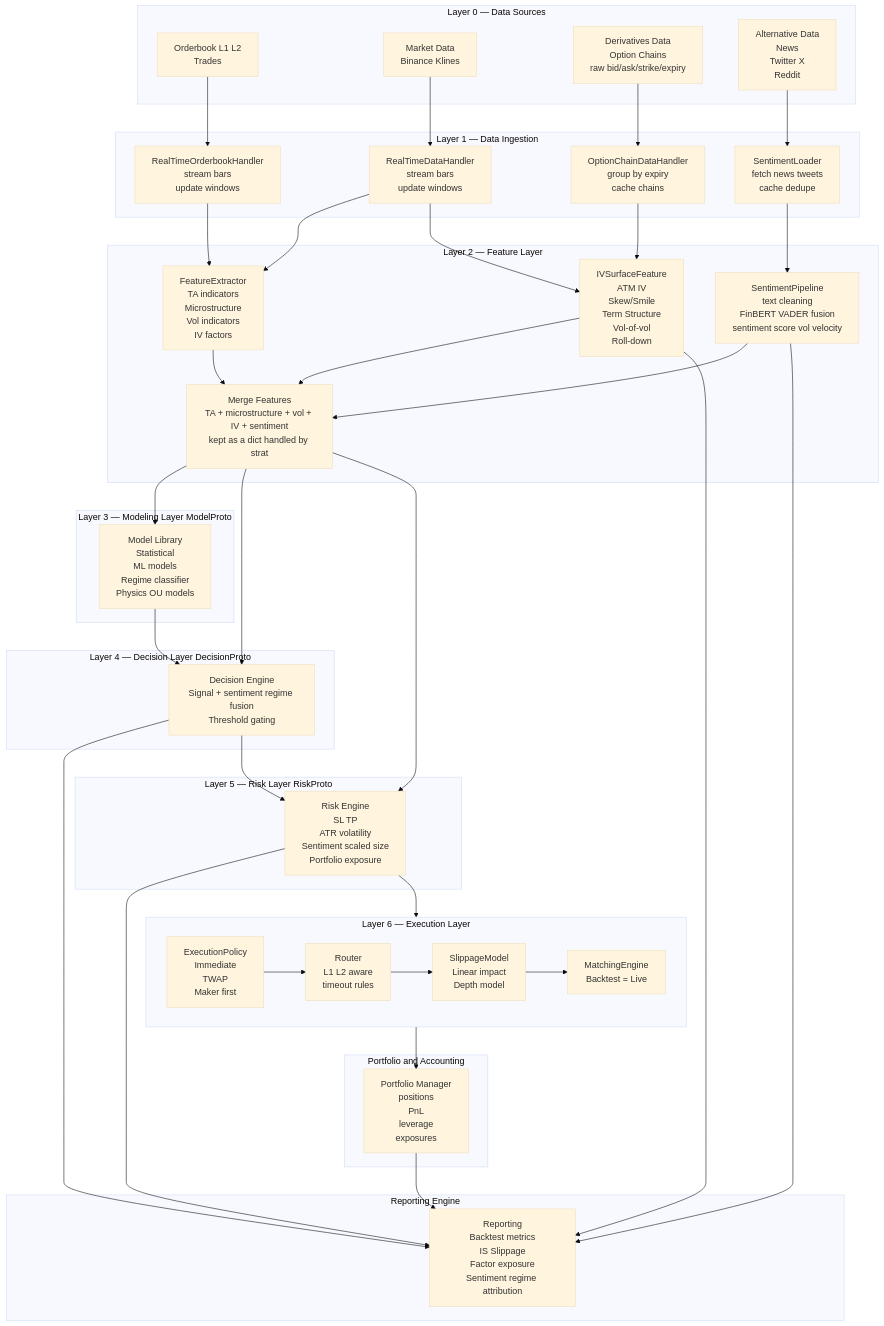
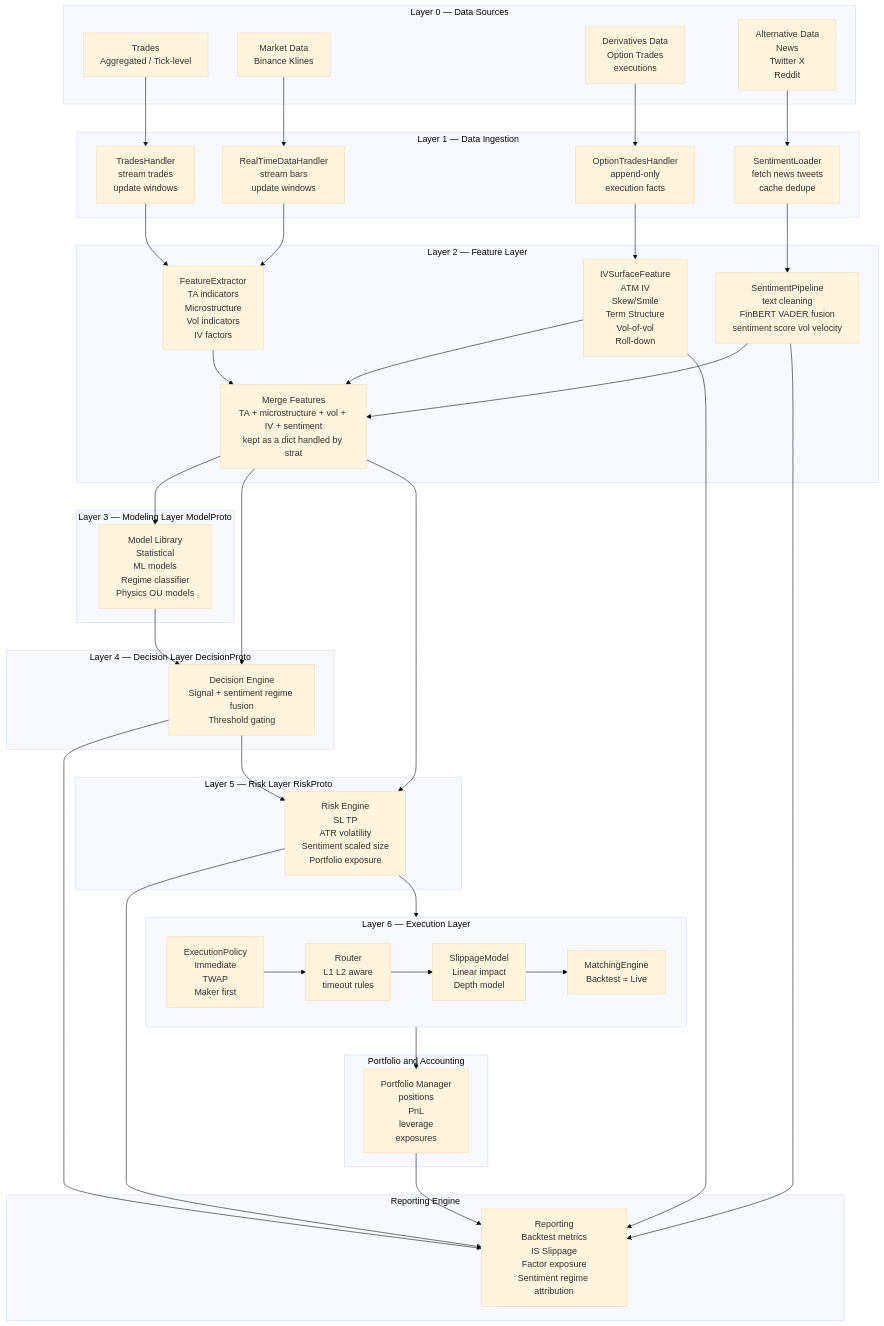
One commit to ZBaiY/SoionLab changed the second of 2 diagrams in README.md. Above: the diagram before and after it, drawn with Mermaid (base theme). The commit also changed other lines of this file and 33 other files, not shown here.

```diff
--- a/README.md
+++ b/README.md
@@ -355,22 +355,22 @@
 flowchart TD
 
 subgraph L0[Layer 0 — Data Sources]
-    OBD[Orderbook L1 L2<br>Trades]
+    TRD[Trades<br>Aggregated / Tick-level]
     MKT[Market Data<br>Binance Klines<br>]
-    OPT[Derivatives Data<br>Option Chains<br>raw bid/ask/strike/expiry]
+    OPT[Derivatives Data<br>Option Trades<br>executions]
     ALT[Alternative Data<br>News<br>Twitter X<br>Reddit] 
 end
 
 subgraph L1[Layer 1 — Data Ingestion]
-    ROBD[RealTimeOrderbookHandler<br>stream bars<br>update windows]
+    TRDH[TradesHandler<br>stream trades<br>update windows]
     RTDH[RealTimeDataHandler<br>stream bars<br>update windows]
-    OCDH[OptionChainDataHandler<br>group by expiry<br>cache chains]
+    OTDH[OptionTradesHandler<br>append-only<br>execution facts]
     SLOAD[SentimentLoader<br>fetch news tweets<br>cache dedupe]
 end
 
-OBD --> ROBD
+TRD --> TRDH
 MKT --> RTDH
-OPT --> OCDH
+OPT --> OTDH
 ALT --> SLOAD
 
 subgraph L2[Layer 2 — Feature Layer]
@@ -380,10 +380,9 @@
     MERGE[Merge Features<br>TA + microstructure + vol + IV + sentiment<br>kept as a dict handled by strat]
 end
 
-ROBD --> FE
+TRDH --> FE
 RTDH --> FE
-RTDH --> IVFEAT
-OCDH --> IVFEAT
+OTDH --> IVFEAT
 SLOAD --> SENTPIPE
 
 FE --> MERGE
```
